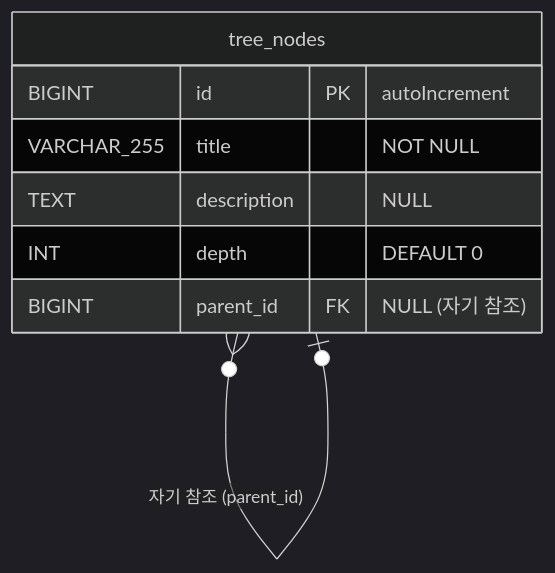
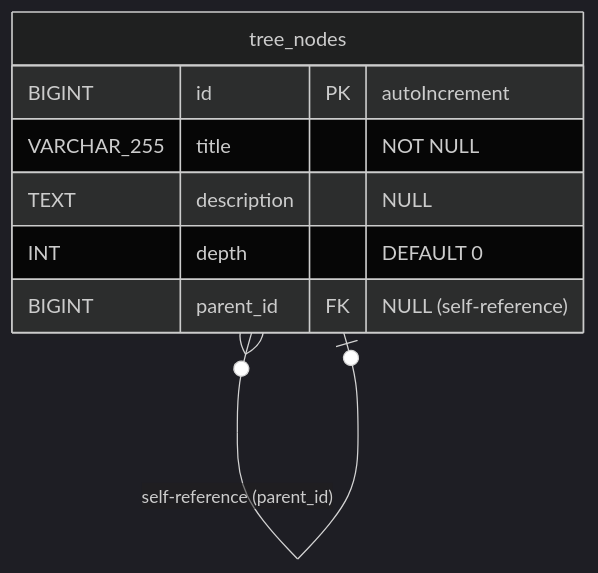
One commit to bluetape4k/exposed-workshop changed the fifth of 7 diagrams in 07-jpa/02-convert-jpa-advanced/README.md. Above: the diagram before and after it, drawn with Mermaid (dark theme). The commit also changed other lines of this file and 115 other files, not shown here.

````diff
--- a/07-jpa/02-convert-jpa-advanced/README.md
+++ b/07-jpa/02-convert-jpa-advanced/README.md
@@ -187,12 +189,12 @@
 ```mermaid
 erDiagram
     tree_nodes {
         BIGINT id PK "autoIncrement"
         VARCHAR_255 title "NOT NULL"
         TEXT description "NULL"
         INT depth "DEFAULT 0"
-        BIGINT parent_id FK "NULL (자기 참조)"
+        BIGINT parent_id FK "NULL (self-reference)"
     }
 
-    tree_nodes }o--o| tree_nodes : "자기 참조 (parent_id)"
+    tree_nodes }o--o| tree_nodes : "self-reference (parent_id)"
 ```
````
